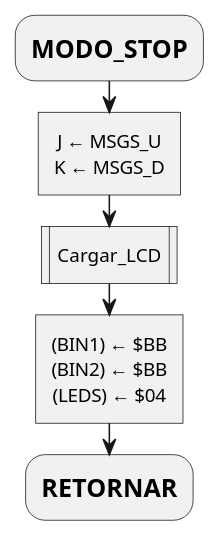
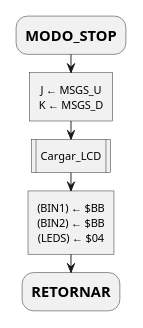
The fifth of 23 diagrams in report.md (mlndz28/pr-623), drawn with PlantUML before and after one commit. The commit also changed other lines of this file and 4 other files, not shown here.

Commit message:
docs: Parameters and diagrams

````diff
--- a/report.md
+++ b/report.md
@@ -219,14 +247,16 @@
 ```plantuml
 @startuml
+scale max 200 height
 skinparam monochrome true
 skinparam defaultTextAlignment center
 :=MODO_STOP;
 :J ← MSGS_U
 K ← MSGS_D]
 :Cargar_LCD|
 :(BIN1) ← $BB
 (BIN2) ← $BB
 (LEDS) ← $04]
 :=RETORNAR;
 
+@enduml
 ```
````
